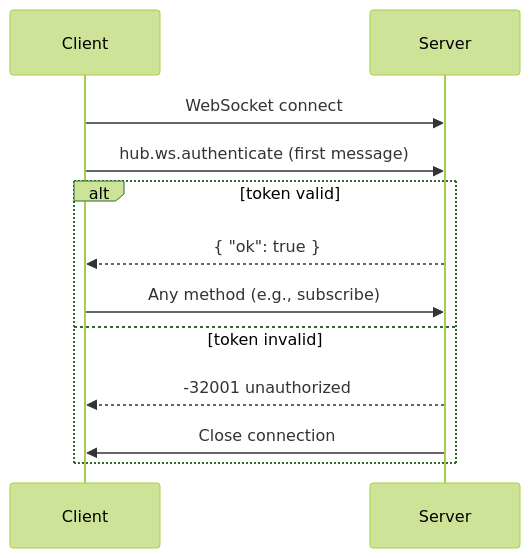
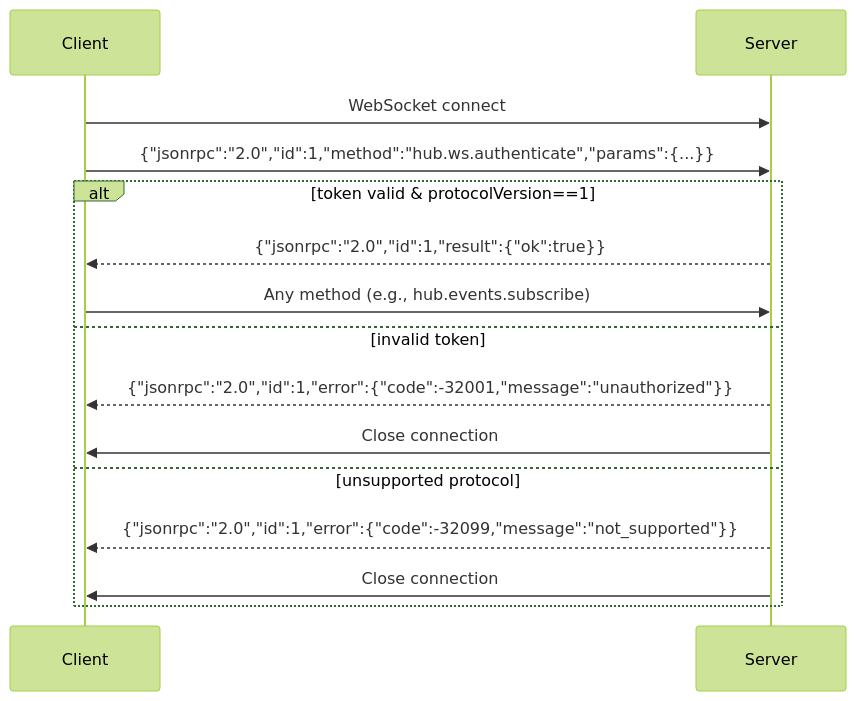
The first of 3 diagrams in Spec.md (SolarianZ/DevHub), drawn with Mermaid (forest theme) before and after one commit. The commit also changed other lines of this file and 1 other file, not shown here.

````diff
--- a/Spec.md
+++ b/Spec.md
@@ -112,14 +187,17 @@
 ```mermaid
 sequenceDiagram
     participant C as Client
     participant S as Server
     C->>S: WebSocket connect
-    C->>S: hub.ws.authenticate (first message)
-    alt token valid
-        S-->>C: { "ok": true }
-        C->>S: Any method (e.g., subscribe)
-    else token invalid
-        S-->>C: -32001 unauthorized
+    C->>S: {"jsonrpc":"2.0","id":1,"method":"hub.ws.authenticate","params":{...}}
+    alt token valid & protocolVersion==1
+        S-->>C: {"jsonrpc":"2.0","id":1,"result":{"ok":true}}
+        C->>S: Any method (e.g., hub.events.subscribe)
+    else invalid token
+        S-->>C: {"jsonrpc":"2.0","id":1,"error":{"code":-32001,"message":"unauthorized"}}
+        S->>C: Close connection
+    else unsupported protocol
+        S-->>C: {"jsonrpc":"2.0","id":1,"error":{"code":-32099,"message":"not_supported"}}
         S->>C: Close connection
     end
 ```
````
